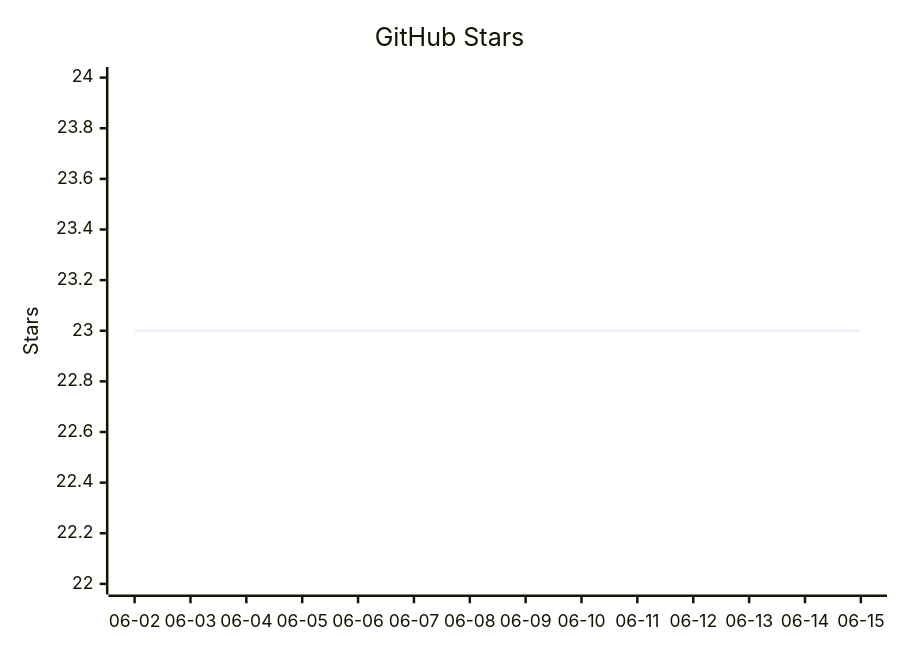
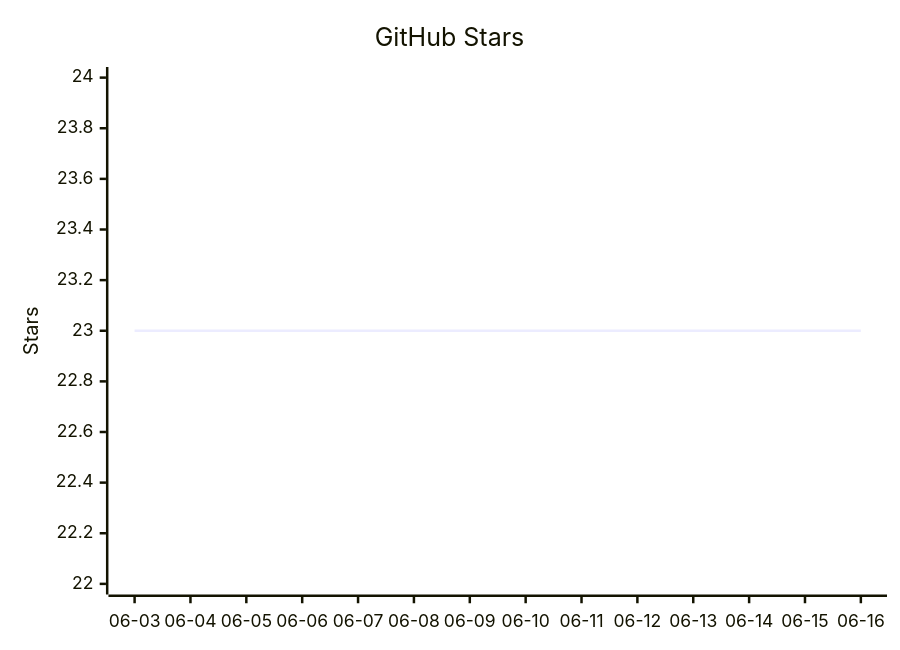
The diagram in README.mbt.md (vectie/moonclaw), drawn with Mermaid before and after one commit. The commit also changed other lines of this file and 1 other file, not shown here.

Commit message:
Update README star growth

````diff
--- a/README.mbt.md
+++ b/README.mbt.md
@@ -603,7 +603,7 @@
 ```mermaid
 xychart-beta
     title "GitHub Stars"
-    x-axis ["06-02","06-03","06-04","06-05","06-06","06-07","06-08","06-09","06-10","06-11","06-12","06-13","06-14","06-15"]
+    x-axis ["06-03","06-04","06-05","06-06","06-07","06-08","06-09","06-10","06-11","06-12","06-13","06-14","06-15","06-16"]
     y-axis "Stars" 22 --> 24
     line [23,23,23,23,23,23,23,23,23,23,23,23,23,23]
 ```
````
